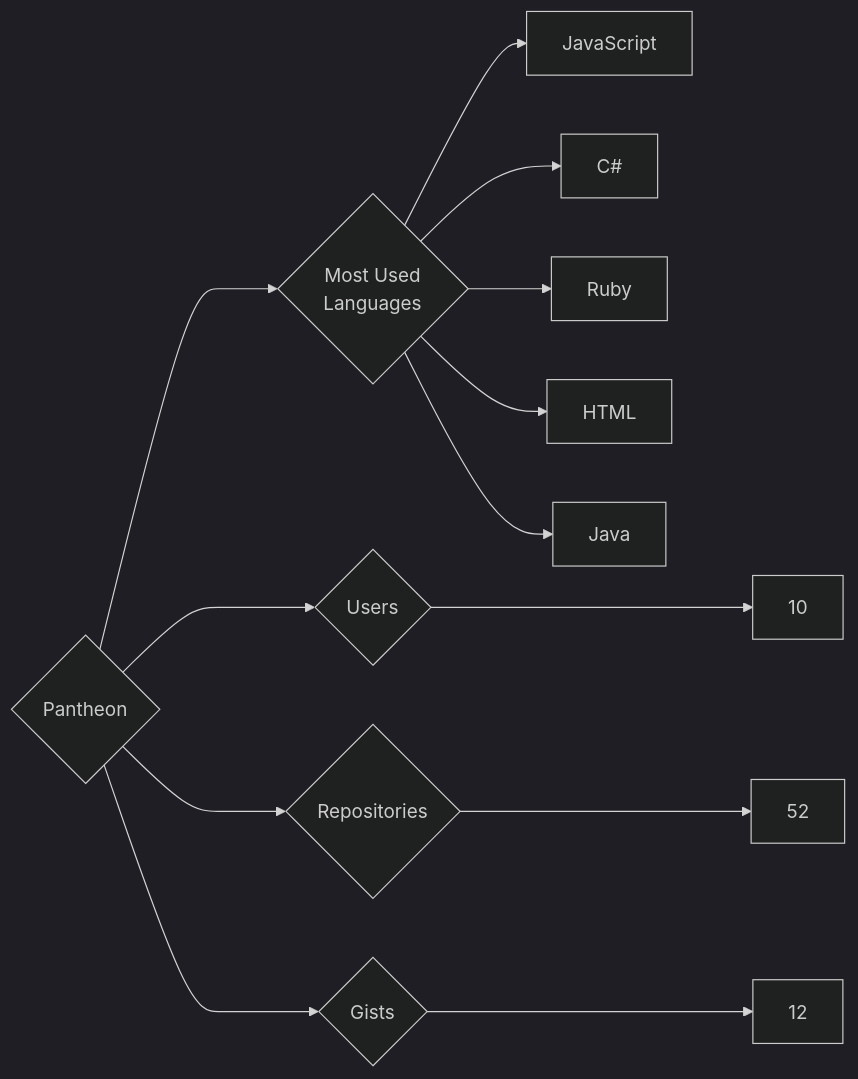
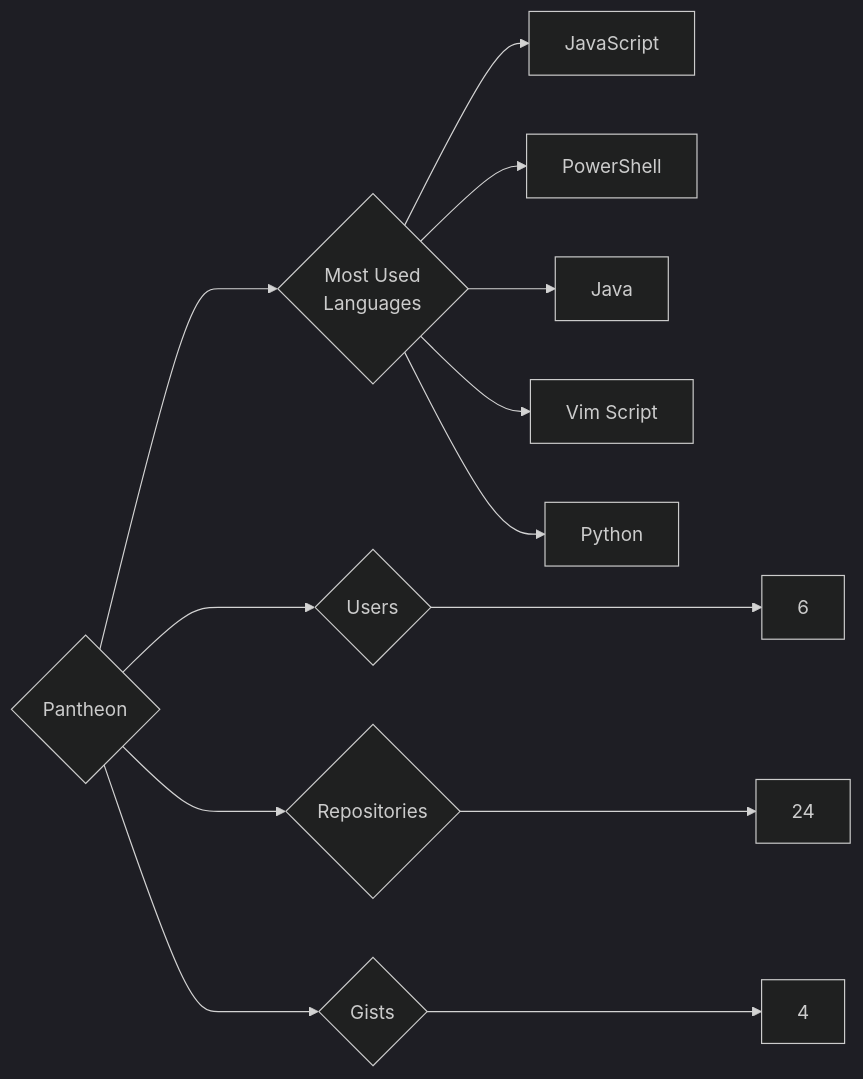
Before and after one commit to trickest/insiders: the diagram in targets/Pantheon/README.md, drawn with Mermaid (dark theme). The commit also changed 1508 other files, not shown here.

````diff
--- a/targets/Pantheon/README.md
+++ b/targets/Pantheon/README.md
@@ -3,13 +3,13 @@
 ```mermaid
 graph LR
 COMPANY_NAME{Pantheon}
-COMPANY_NAME ---> U{Users} ---> UN[10]
-COMPANY_NAME ---> R{Repositories} ---> RN[52]
-COMPANY_NAME ---> G{Gists} ---> GN[12]
+COMPANY_NAME ---> U{Users} ---> UN[6]
+COMPANY_NAME ---> R{Repositories} ---> RN[24]
+COMPANY_NAME ---> G{Gists} ---> GN[4]
 COMPANY_NAME ---> ML{Most Used<br>Languages}
 ML --> JavaScript[JavaScript]
-ML --> C#[C#]
-ML --> Ruby[Ruby]
-ML --> HTML[HTML]
+ML --> PowerShell[PowerShell]
 ML --> Java[Java]
+ML --> Vim_Script[Vim Script]
+ML --> Python[Python]
 ```
````
